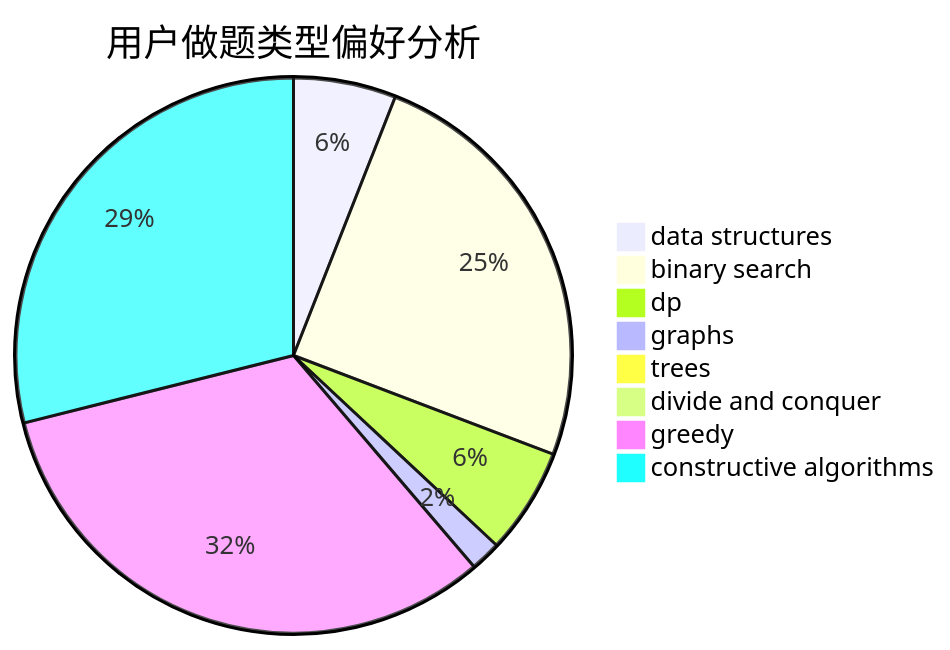
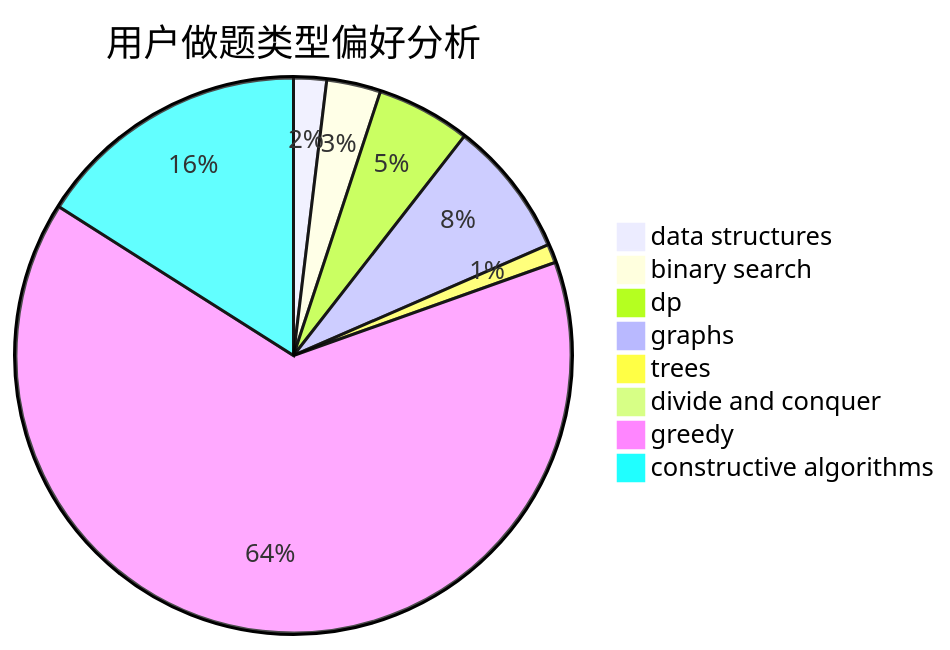
One commit to sherpahu/cfrs.github.io changed the second of 3 diagrams in docs/user/u820.md. Above: the diagram before and after it, drawn with Mermaid. The commit also changed other lines of this file and 2770 other files, not shown here.

````diff
--- a/docs/user/u820.md
+++ b/docs/user/u820.md
@@ -23,11 +23,11 @@
 ```mermaid
 pie title 用户做题类型偏好分析
-    "data structures" :  57
-    "binary search" :  237
-    "dp" :  59
-    "graphs" :  17
-    "trees" :  9
+    "data structures" :  14
+    "binary search" :  23
+    "dp" :  40
+    "graphs" :  58
+    "trees" :  8
     "divide and conquer" :  0
-    "greedy" :  309
-    "constructive algorithms" :  276
+    "greedy" :  471
+    "constructive algorithms" :  117
 ```
````
